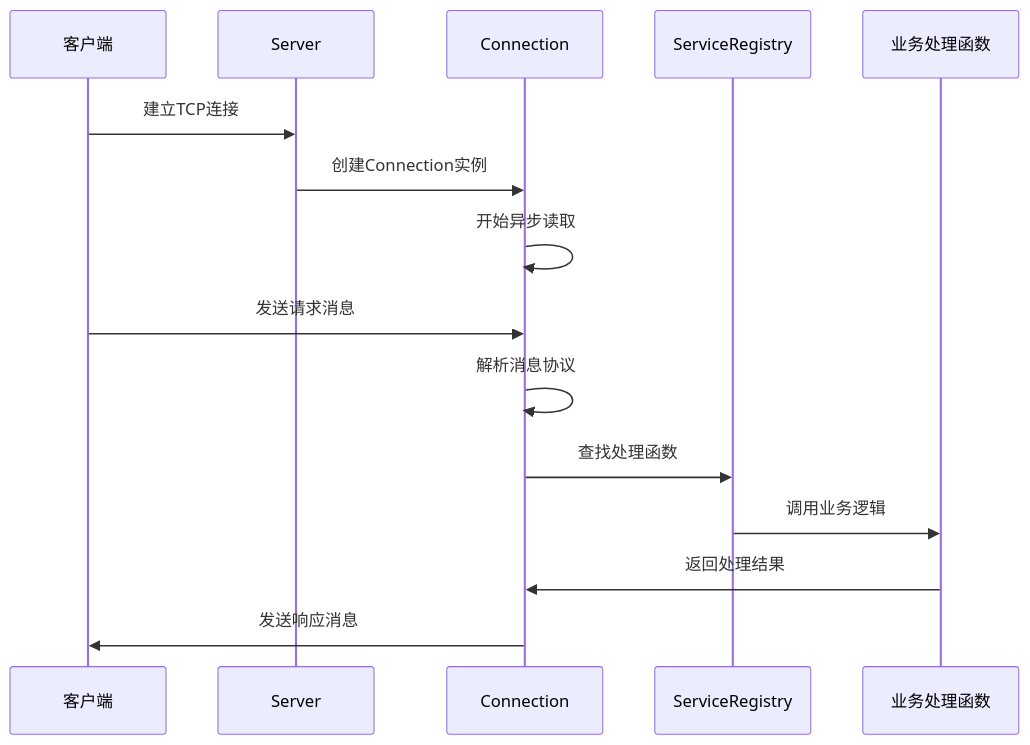
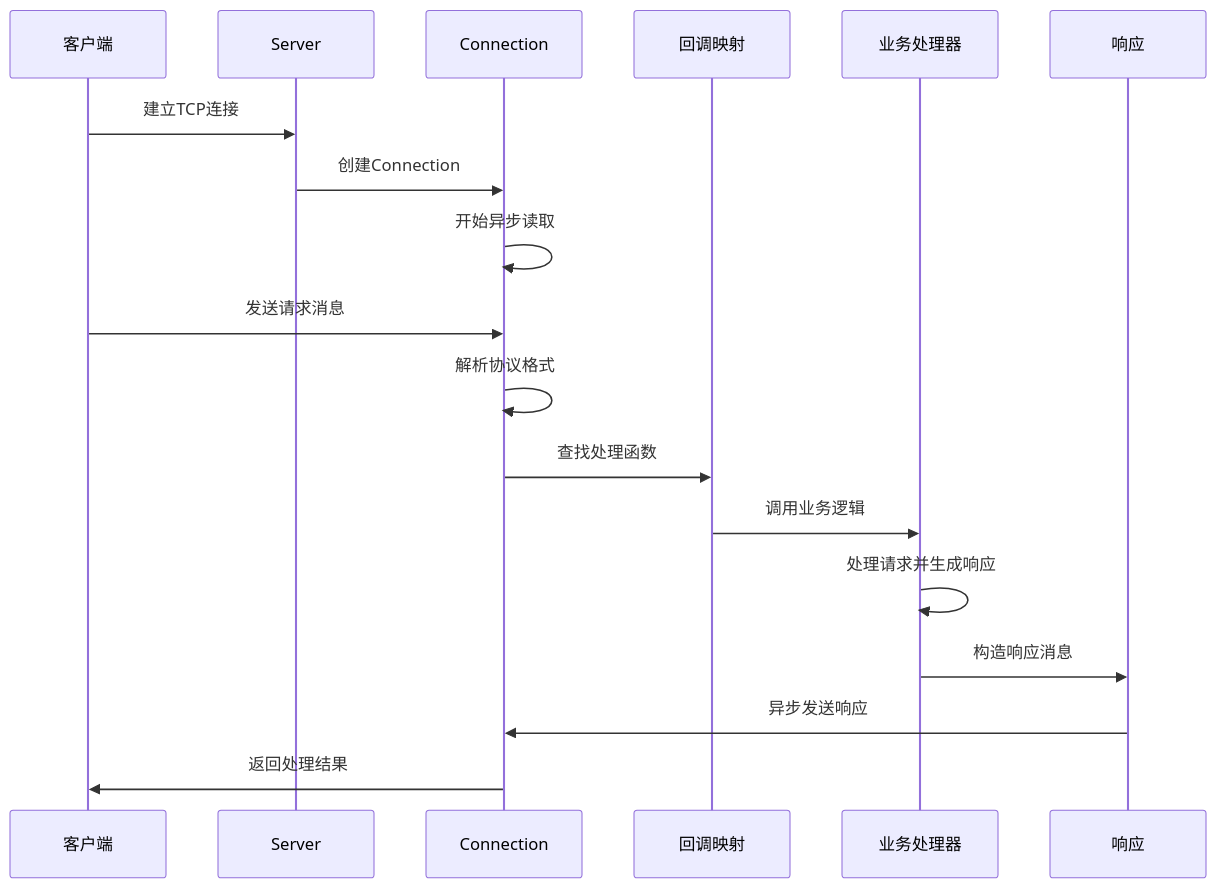
The third of 3 diagrams in doc/server.md (zhongzhaohao/mrpc), drawn with Mermaid before and after one commit. The commit also changed other lines of this file, not shown here.

````diff
--- a/doc/server.md
+++ b/doc/server.md
@@ -107,18 +203,21 @@
 ```mermaid
 sequenceDiagram
     participant Client as 客户端
     participant Server as Server
-    participant Conn as Connection
-    participant Registry as ServiceRegistry
-    participant Handler as 业务处理函数
+    participant Conn as Connection  
+    participant Registry as 回调映射
+    participant Handler as 业务处理器
+    participant Response as 响应
 
     Client->>Server: 建立TCP连接
-    Server->>Conn: 创建Connection实例
+    Server->>Conn: 创建Connection
     Conn->>Conn: 开始异步读取
     Client->>Conn: 发送请求消息
-    Conn->>Conn: 解析消息协议
+    Conn->>Conn: 解析协议格式
     Conn->>Registry: 查找处理函数
     Registry->>Handler: 调用业务逻辑
-    Handler->>Conn: 返回处理结果
-    Conn->>Client: 发送响应消息
+    Handler->>Handler: 处理请求并生成响应
+    Handler->>Response: 构造响应消息
+    Response->>Conn: 异步发送响应
+    Conn->>Client: 返回处理结果
 ```
````
